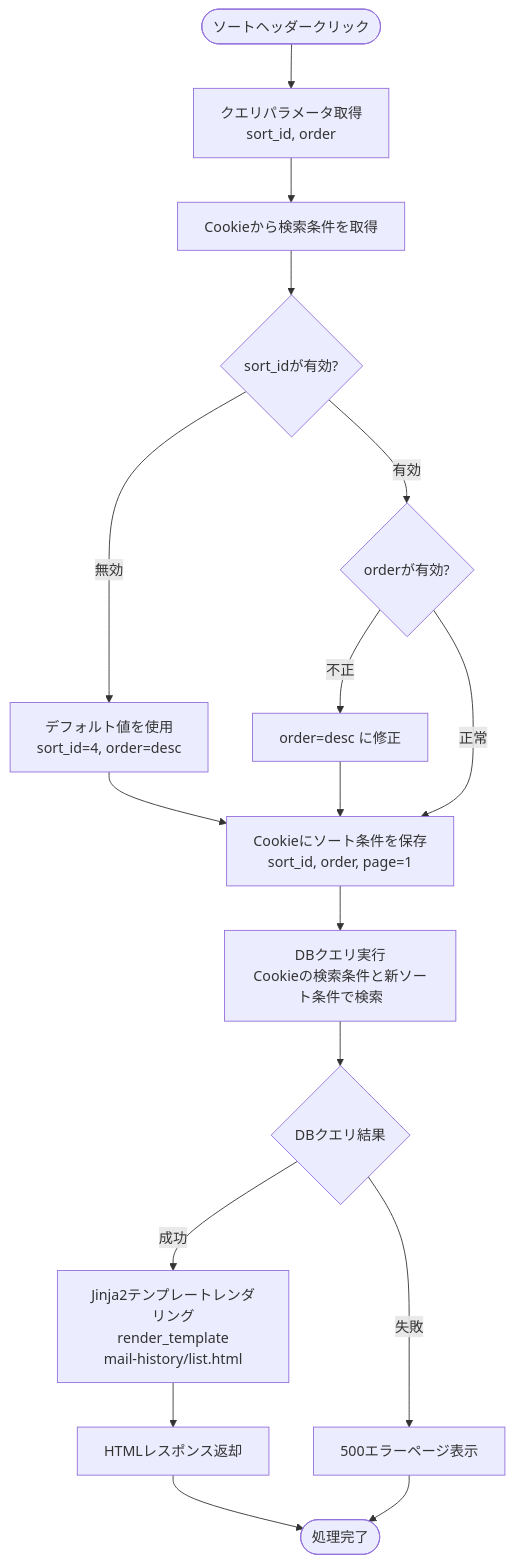
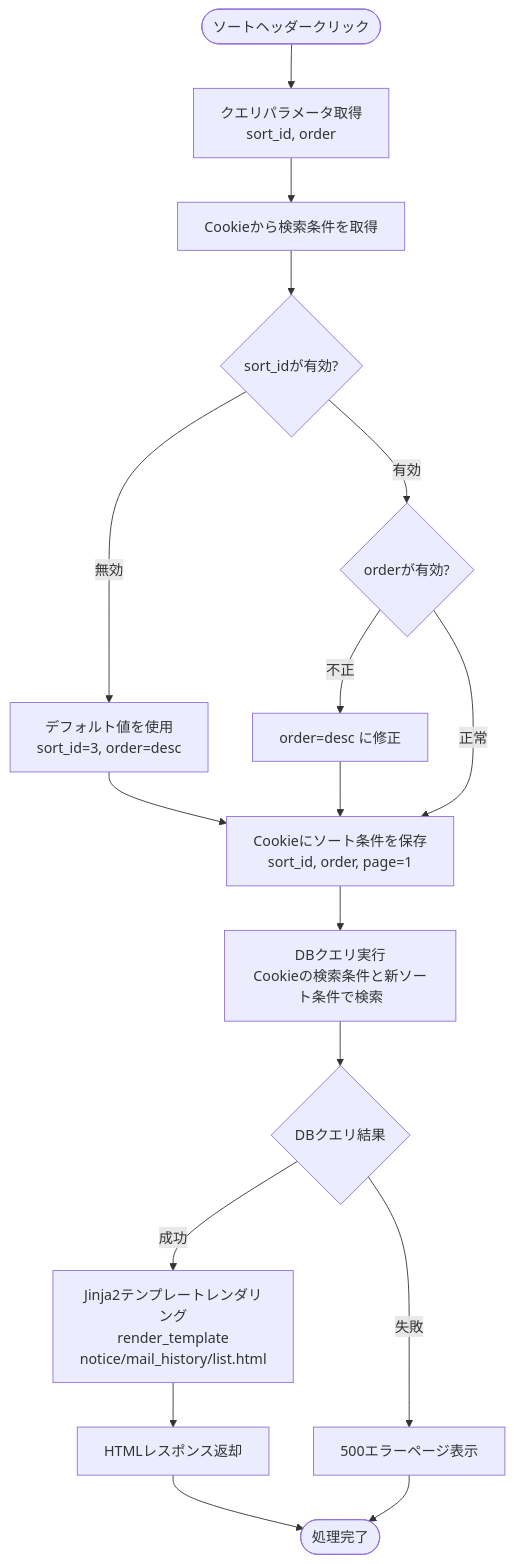
Before and after one commit to NSW-SVCP-AIWG002/Databricks-IoT: the third of 5 diagrams in docs/03-features/flask-app/mail-history/workflow-specification.md, drawn with Mermaid. The commit also changed other lines of this file and 3 other files, not shown here.

````diff
--- a/docs/03-features/flask-app/mail-history/workflow-specification.md
+++ b/docs/03-features/flask-app/mail-history/workflow-specification.md
@@ -694,19 +706,19 @@
 ```mermaid
 flowchart TD
     Start([ソートヘッダークリック]) --> GetParams[クエリパラメータ取得<br>sort_id, order]
     GetParams --> GetCookie[Cookieから検索条件を取得]
     GetCookie --> ValidSort{sort_idが有効?}
-    ValidSort -->|無効| DefaultSort[デフォルト値を使用<br>sort_id=4, order=desc]
+    ValidSort -->|無効| DefaultSort[デフォルト値を使用<br>sort_id=3, order=desc]
     ValidSort -->|有効| ValidOrder{orderが有効?}
     ValidOrder -->|不正| FixOrder[order=desc に修正]
     ValidOrder -->|正常| UpdateCookie[Cookieにソート条件を保存<br>sort_id, order, page=1]
     DefaultSort --> UpdateCookie
     FixOrder --> UpdateCookie
     UpdateCookie --> Query[DBクエリ実行<br>Cookieの検索条件と新ソート条件で検索]
     Query --> CheckDB{DBクエリ結果}
-    CheckDB -->|成功| Template[Jinja2テンプレートレンダリング<br>render_template<br>mail-history/list.html]
+    CheckDB -->|成功| Template[Jinja2テンプレートレンダリング<br>render_template<br>notice/mail_history/list.html]
     Template --> Response[HTMLレスポンス返却]
     CheckDB -->|失敗| Error500[500エラーページ表示]
     Response --> End([処理完了])
     Error500 --> End
 ```
````
